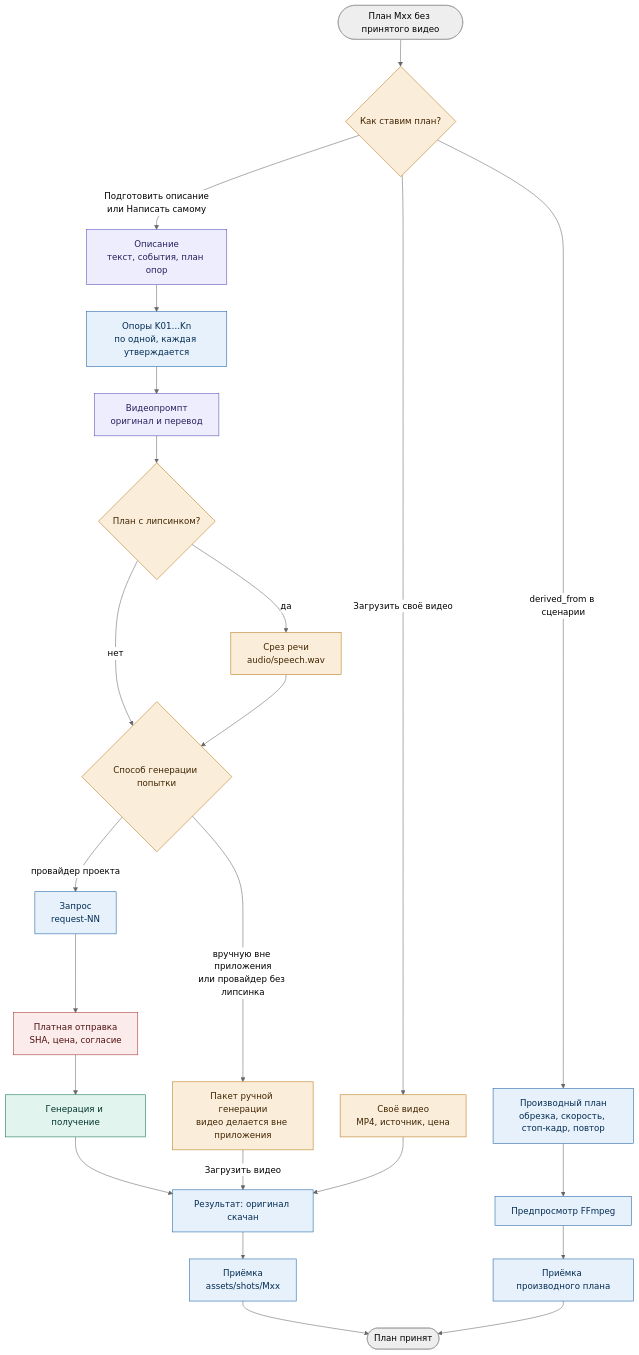
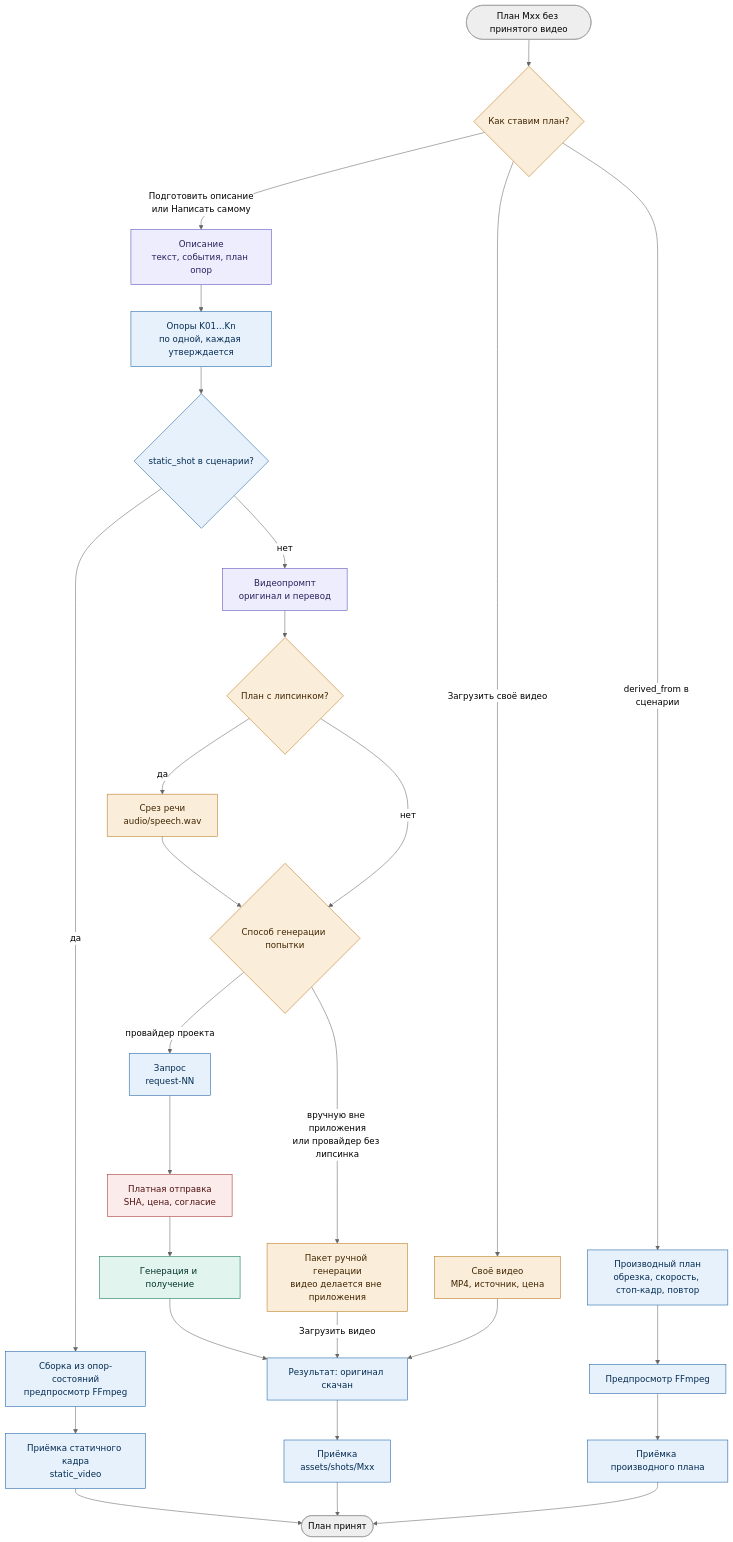
Before and after one commit to ai-animation-tools/songframe: the first of 10 diagrams in docs/production-map.md, drawn with Mermaid (neutral theme). The commit also changed other lines of this file and 81 other files, not shown here.

````diff
--- a/docs/production-map.md
+++ b/docs/production-map.md
@@ -20,37 +20,41 @@
 ```mermaid
 flowchart TD
   start(["План Mxx без принятого видео"]) --> how{"Как ставим план?"}
   how -- "Подготовить описание<br/>или Написать самому" --> desc["Описание<br/>текст, события, план опор"]
   how -- "Загрузить своё видео" --> own["Своё видео<br/>MP4, источник, цена"]
   how -- "derived_from в сценарии" --> derived["Производный план<br/>обрезка, скорость, стоп-кадр, повтор"]
   desc --> kf["Опоры K01…Kn<br/>по одной, каждая утверждается"]
-  kf --> vp["Видеопромпт<br/>оригинал и перевод"]
+  kf --> still{"static_shot в сценарии?"}
+  still -- "да" --> assemble["Сборка из опор-состояний<br/>предпросмотр FFmpeg"]
+  assemble --> saccept["Приёмка статичного кадра<br/>static_video"]
+  still -- "нет" --> vp["Видеопромпт<br/>оригинал и перевод"]
   vp --> lip{"План с липсинком?"}
   lip -- "да" --> speech["Срез речи<br/>audio/speech.wav"]
   lip -- "нет" --> method
   speech --> method{"Способ генерации попытки"}
   method -- "провайдер проекта" --> req["Запрос<br/>request-NN"]
   method -- "вручную вне приложения<br/>или провайдер без липсинка" --> manual["Пакет ручной генерации<br/>видео делается вне приложения"]
   req --> pay["Платная отправка<br/>SHA, цена, согласие"]
   pay --> gen["Генерация и получение"]
   gen --> res["Результат: оригинал скачан"]
   manual -- "Загрузить видео" --> res
   own --> res
   res --> accept["Приёмка<br/>assets/shots/Mxx"]
   derived --> dprev["Предпросмотр FFmpeg"] --> daccept["Приёмка производного плана"]
   accept --> done(["План принят"])
   daccept --> done
+  saccept --> done
 
   class how,method,lip,own,manual,speech user
   class desc,vp agent
-  class kf,req,derived,dprev app
+  class kf,req,derived,dprev,still,assemble app
   class pay paid
   class gen service
-  class res,accept,daccept app
+  class res,accept,daccept,saccept app
   classDef user fill:#FAEEDA,stroke:#BA7517,color:#412402
   classDef agent fill:#EEEDFE,stroke:#534AB7,color:#26215C
   classDef app fill:#E6F1FB,stroke:#185FA5,color:#042C53
   classDef paid fill:#FCEBEB,stroke:#A32D2D,color:#501313
   classDef service fill:#E1F5EE,stroke:#0F6E56,color:#04342C
   classDef bad fill:#F1EFE8,stroke:#5F5E5A,color:#2C2C2A,stroke-dasharray:4 3
 ```
````
